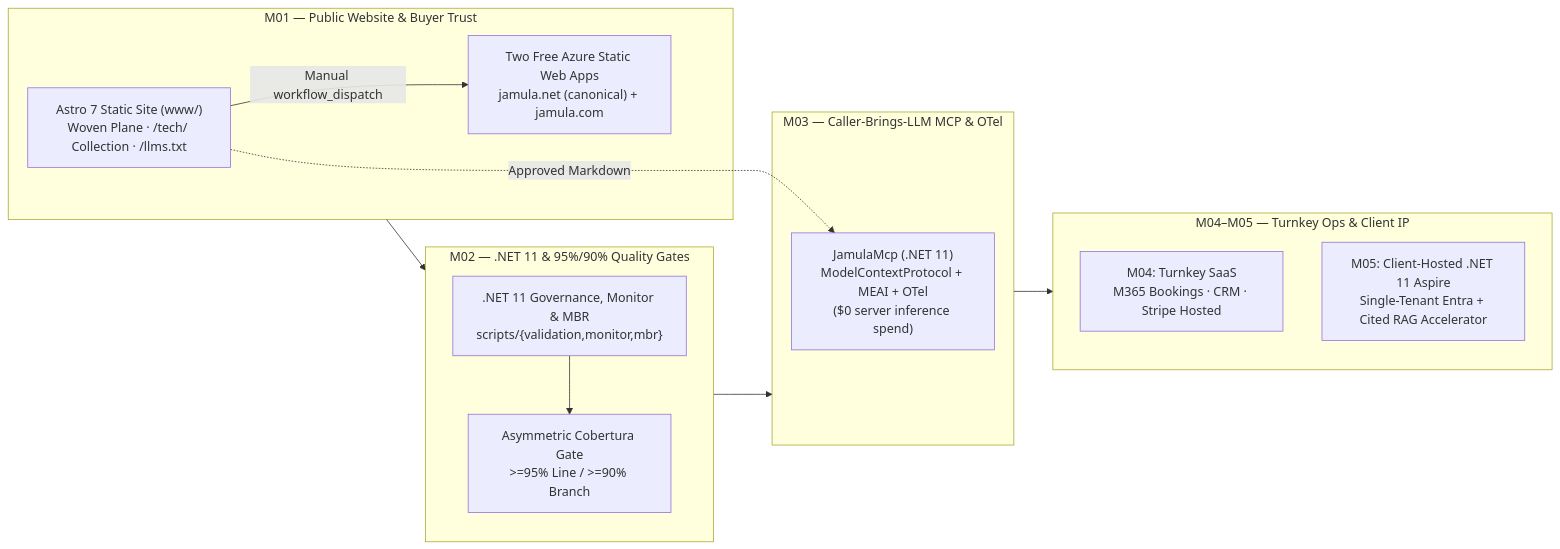
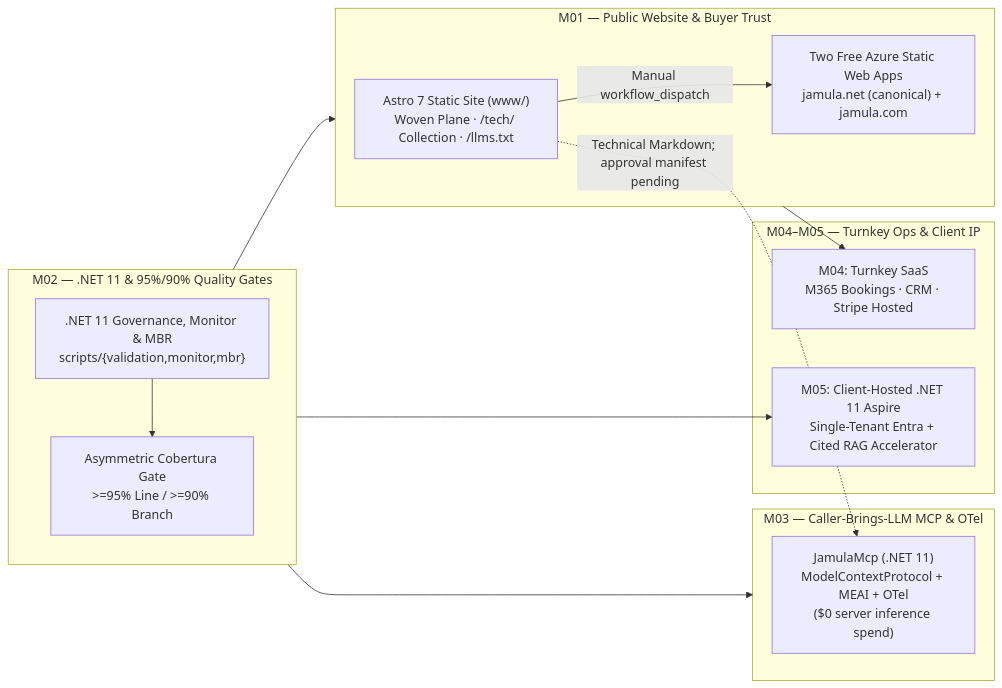
The diagram in docs/README.md (Jamula/Jamula-www-Website), drawn with Mermaid before and after one commit. The commit also changed other lines of this file and 11 other files, not shown here.

Commit message:
docs: reconcile production readiness roadmap and architecture; remove redundant ignores

````diff
--- a/docs/README.md
+++ b/docs/README.md
@@ -11,26 +13,29 @@
 ```mermaid
 flowchart LR
   subgraph M01["M01 — Public Website & Buyer Trust"]
     WEB["Astro 7 Static Site (www/)<br/>Woven Plane · /tech/ Collection · /llms.txt"]
     SWA["Two Free Azure Static Web Apps<br/>jamula.net (canonical) + jamula.com"]
     WEB -->|"Manual workflow_dispatch"| SWA
   end
 
   subgraph M02["M02 — .NET 11 & 95%/90% Quality Gates"]
     NET11[".NET 11 Governance, Monitor & MBR<br/>scripts/{validation,monitor,mbr}"]
     COV["Asymmetric Cobertura Gate<br/>>=95% Line / >=90% Branch"]
     NET11 --> COV
   end
 
   subgraph M03["M03 — Caller-Brings-LLM MCP & OTel"]
     MCP["JamulaMcp (.NET 11)<br/>ModelContextProtocol + MEAI + OTel<br/>($0 server inference spend)"]
-    WEB -.->|"Approved Markdown"| MCP
+    WEB -.->|"Technical Markdown; approval manifest pending"| MCP
   end
 
   subgraph M04_M05["M04–M05 — Turnkey Ops & Client IP"]
     OPS["M04: Turnkey SaaS<br/>M365 Bookings · CRM · Stripe Hosted"]
     ACC["M05: Client-Hosted .NET 11 Aspire<br/>Single-Tenant Entra + Cited RAG Accelerator"]
   end
 
-  M01 --> M02 --> M03 --> M04_M05
+  M02 --> M01
+  M02 --> M03
+  M01 --> OPS
+  M02 --> ACC
 ```
````
